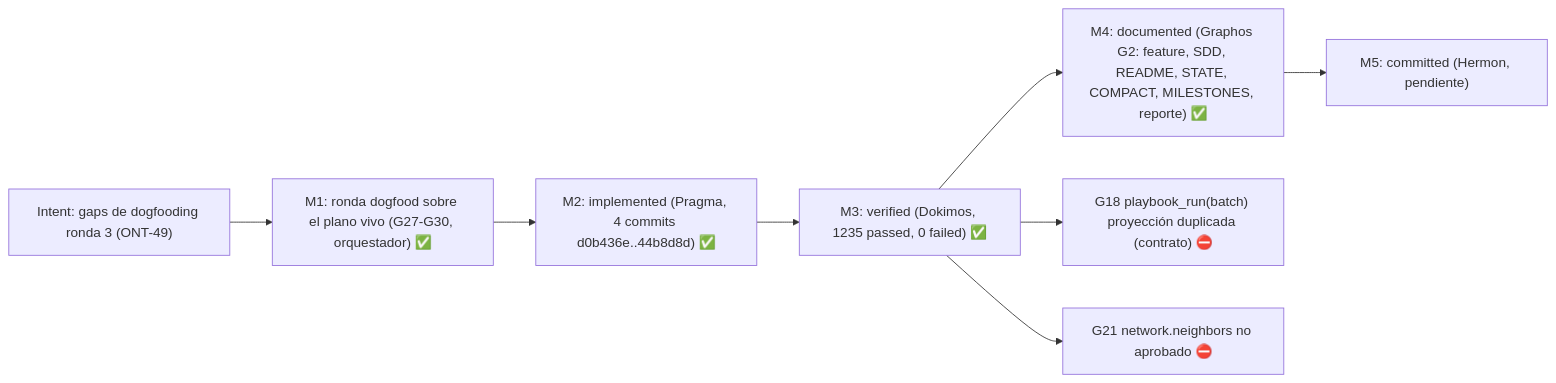
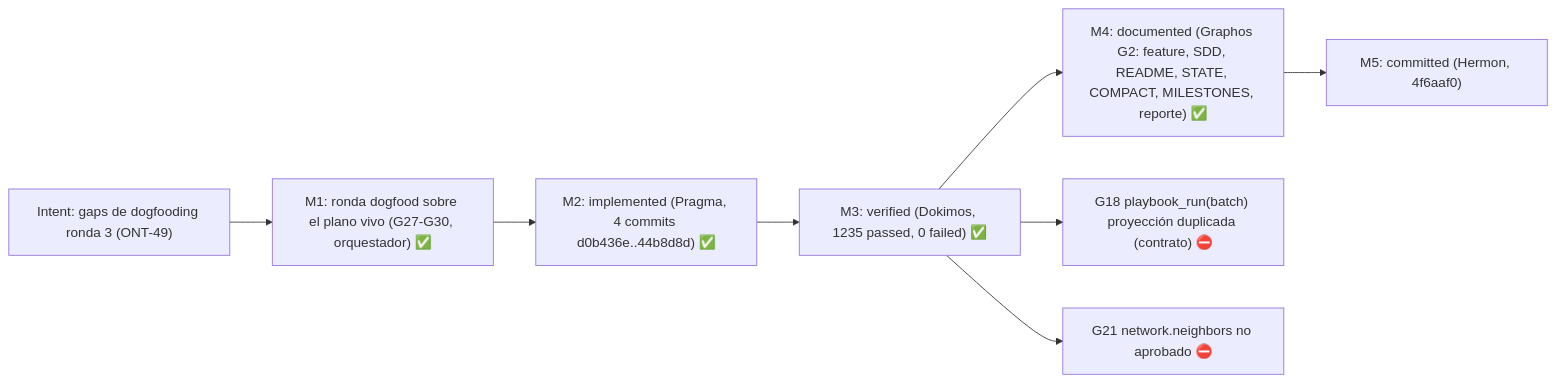
One commit to ancrz/agent-execution-plane changed diagram 18 of 32 in README.md. Above: the diagram before and after it, drawn with Mermaid. The commit also changed other lines of this file and 1 other file, not shown here.

Commit message:
docs(milestones): mark published ONT-47/48/49 and E3/E4 milestones (ONT-51)
Replace stale "pendiente" with the verified commit SHAs (07e2641, 66b84d9,
4f6aaf0, 46cc89e, 81ba56b). Product text and the autoevol row untouched.

Claude-Session: https://claude.ai/code/session_01QYKjNAHxJzs9A6Fvughh6X

````diff
--- a/README.md
+++ b/README.md
@@ -1119,10 +1119,10 @@
 ```mermaid
 flowchart LR
     I["Intent: gaps de dogfooding ronda 3 (ONT-49)"] --> M1["M1: ronda dogfood sobre el plano vivo (G27-G30, orquestador) ✅"]
     M1 --> M2["M2: implemented (Pragma, 4 commits d0b436e..44b8d8d) ✅"]
     M2 --> M3["M3: verified (Dokimos, 1235 passed, 0 failed) ✅"]
     M3 --> M4["M4: documented (Graphos G2: feature, SDD, README, STATE, COMPACT, MILESTONES, reporte) ✅"]
-    M4 --> M5["M5: committed (Hermon, pendiente)"]
+    M4 --> M5["M5: committed (Hermon, 4f6aaf0)"]
     M3 --> B1["G18 playbook_run(batch) proyección duplicada (contrato) ⛔"]
     M3 --> B2["G21 network.neighbors no aprobado ⛔"]
 ```
````
